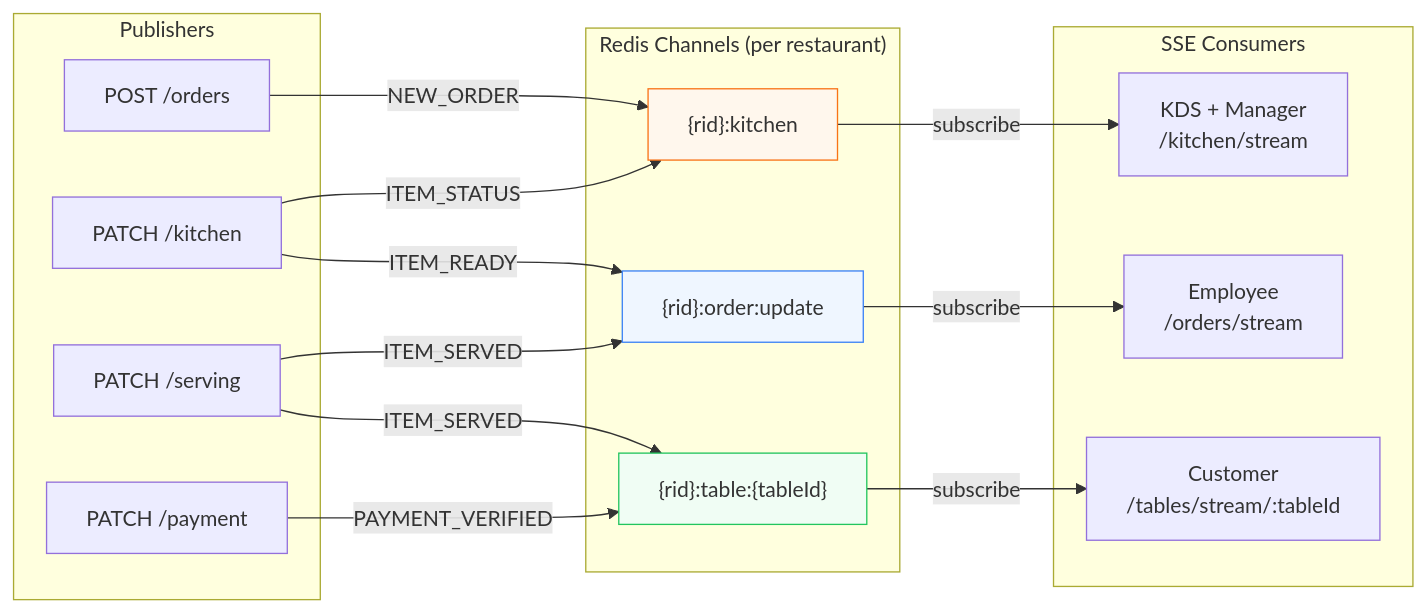
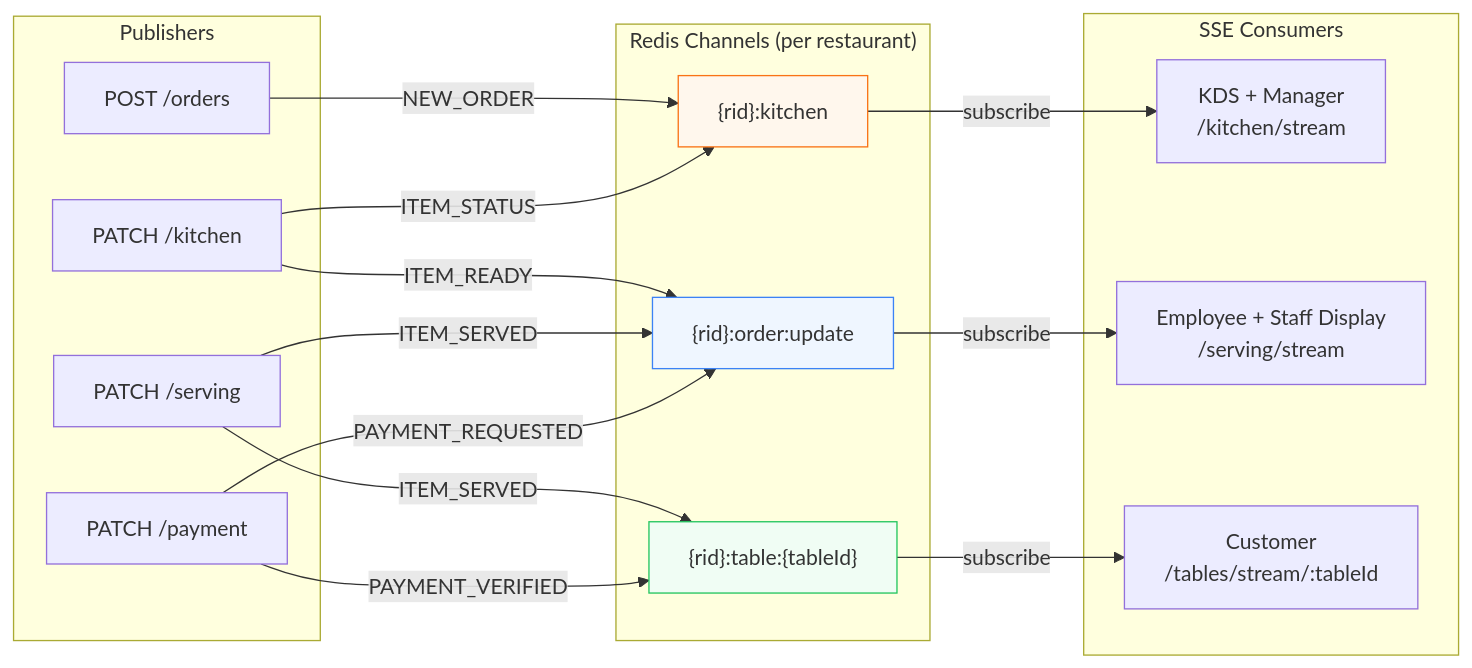
The fifth of 8 diagrams in docs/architecture.md (krittayoach/Restaurant), drawn with Mermaid before and after one commit. The commit also changed other lines of this file and 3 other files, not shown here.

Commit message:
docs: sync architecture, technical-patterns, nfr, design with v2.12

````diff
--- a/docs/architecture.md
+++ b/docs/architecture.md
@@ -154,36 +161,37 @@
 ```mermaid
 graph LR
     subgraph Channels["Redis Channels (per restaurant)"]
         K["{rid}:kitchen"]
         O["{rid}:order:update"]
         T["{rid}:table:{tableId}"]
     end
 
     subgraph Publishers
         ORDER["POST /orders"]
         KITCHEN["PATCH /kitchen"]
         PAYMENT["PATCH /payment"]
         SERVING["PATCH /serving"]
     end
 
     subgraph Subscribers["SSE Consumers"]
         KDS["KDS + Manager<br/>/kitchen/stream"]
-        EMP["Employee<br/>/orders/stream"]
+        EMP["Employee + Staff Display<br/>/serving/stream"]
         CUS["Customer<br/>/tables/stream/:tableId"]
     end
 
     ORDER -->|"NEW_ORDER"| K
     KITCHEN -->|"ITEM_STATUS"| K
     KITCHEN -->|"ITEM_READY"| O
     SERVING -->|"ITEM_SERVED"| O
     SERVING -->|"ITEM_SERVED"| T
     PAYMENT -->|"PAYMENT_VERIFIED"| T
+    PAYMENT -->|"PAYMENT_REQUESTED"| O
 
     K -->|"subscribe"| KDS
     O -->|"subscribe"| EMP
     T -->|"subscribe"| CUS
 
     style K fill:#fff7ed,stroke:#f97316
     style O fill:#eff6ff,stroke:#3b82f6
     style T fill:#f0fdf4,stroke:#22c55e
 ```
````
